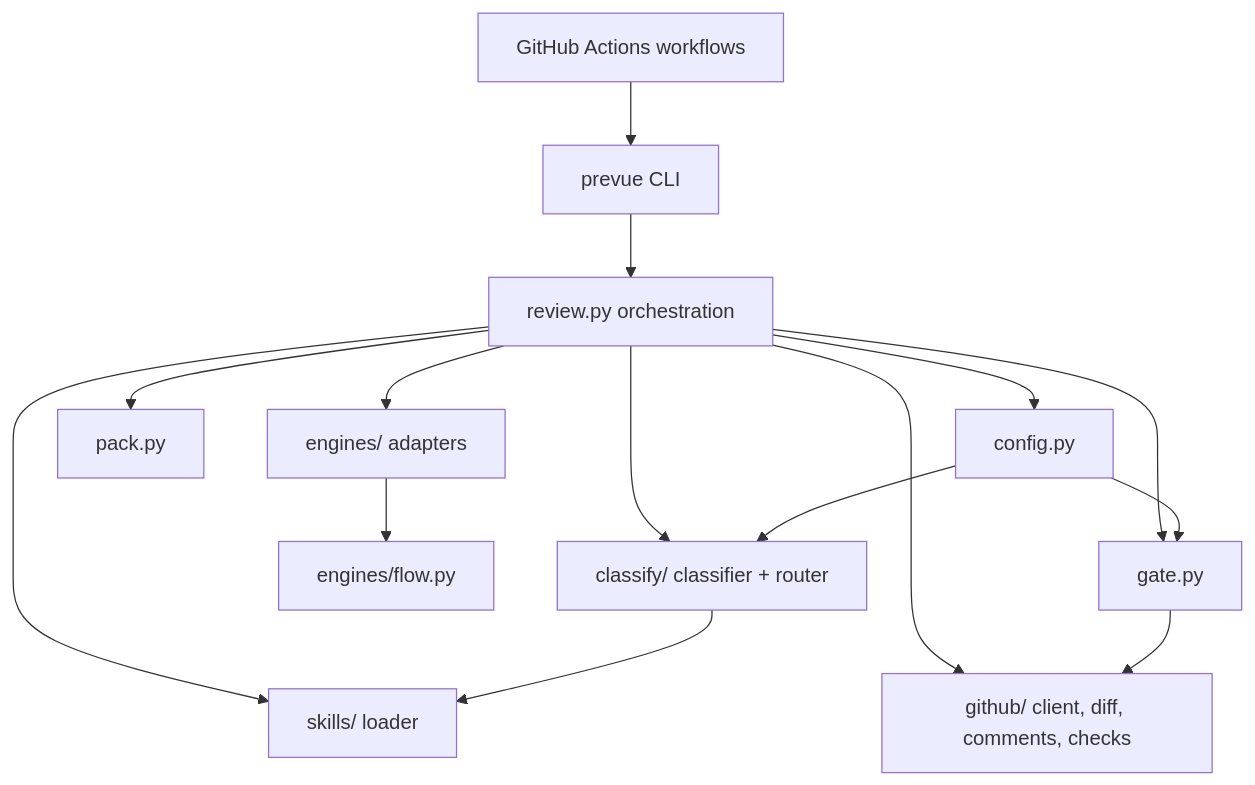
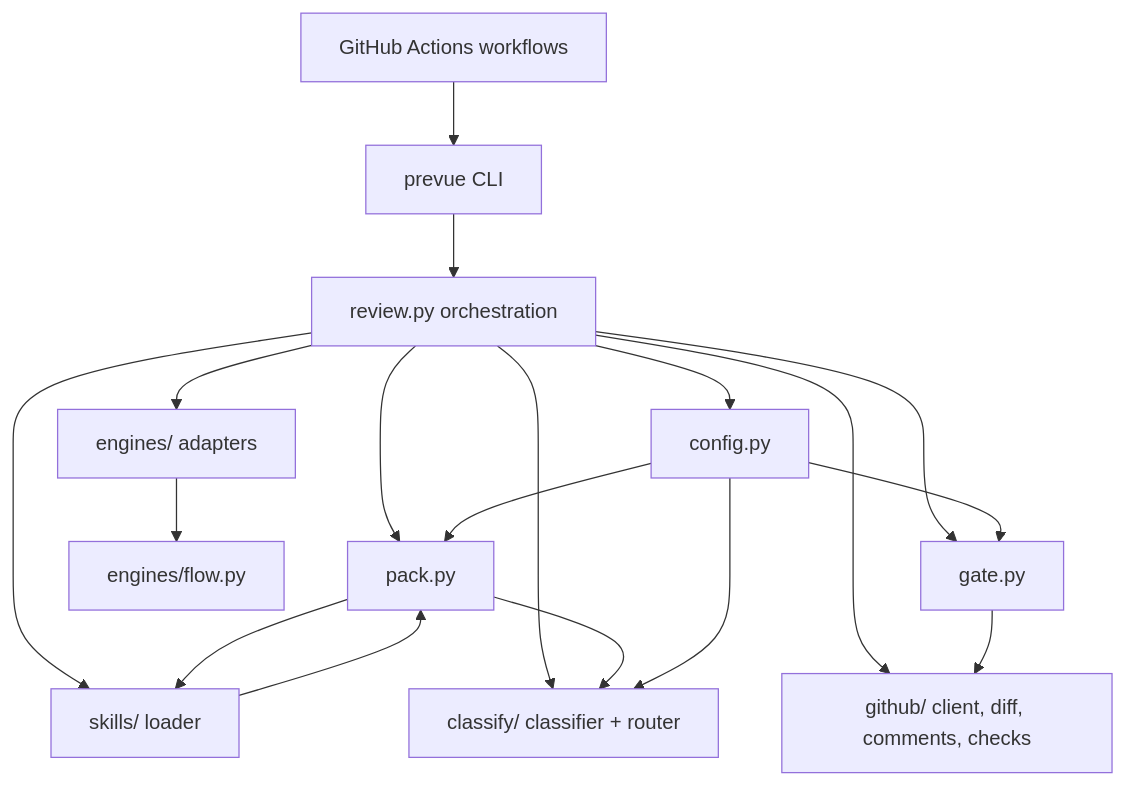
One commit to Doki064/prevue changed the diagram in docs/ARCHITECTURE.md. Above: the diagram before and after it, drawn with Mermaid. The commit also changed other lines of this file and 4 other files, not shown here.

````diff
--- a/docs/ARCHITECTURE.md
+++ b/docs/ARCHITECTURE.md
@@ -13,17 +13,20 @@
 ```mermaid
 graph TD
     WF[GitHub Actions workflows] --> CLI[prevue CLI]
     CLI --> REV[review.py orchestration]
     REV --> CFG[config.py]
     REV --> GH[github/ client, diff, comments, checks]
-    REV --> CLS[classify/ classifier + router]
     REV --> SKL[skills/ loader]
     REV --> PKG[pack.py]
+    REV --> CLS[classify/ classifier + router]
     REV --> ENG[engines/ adapters]
     ENG --> FLOW[engines/flow.py]
     REV --> GATE[gate.py]
     GATE --> GH
-    CLS --> SKL
+    SKL --> PKG
+    PKG --> SKL
+    PKG --> CLS
+    CFG --> PKG
     CFG --> CLS
     CFG --> GATE
 ```
````
